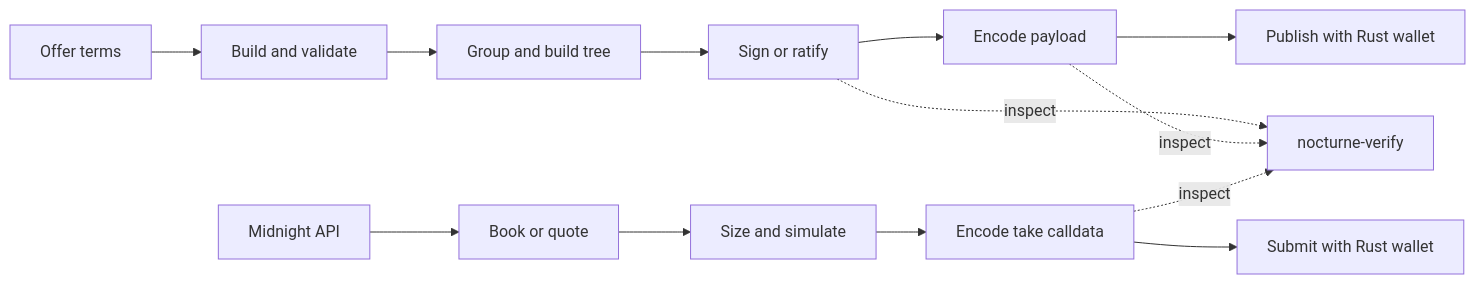
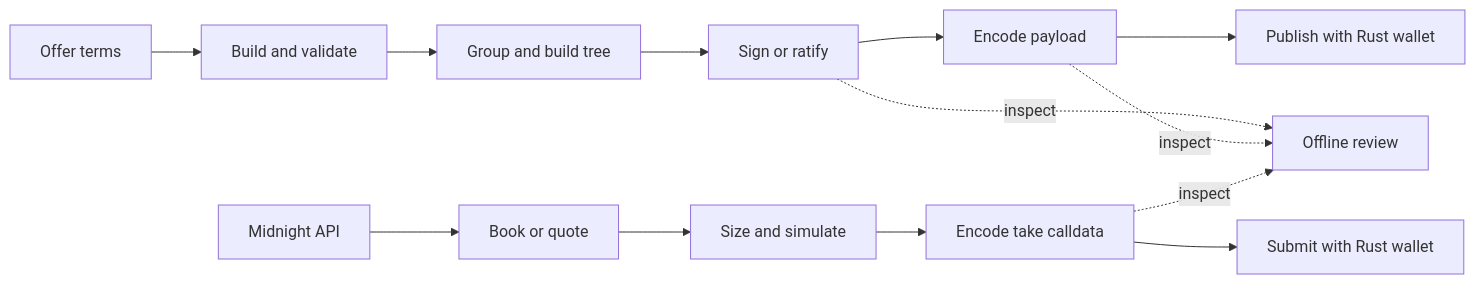
The diagram in README.md (Oliverpt-1/Nocturne), drawn with Mermaid before and after one commit. The commit also changed other lines of this file and 2 other files, not shown here.

````diff
--- a/README.md
+++ b/README.md
@@ -64,17 +59,17 @@
 ```mermaid
 flowchart LR
     A[Offer terms] --> B[Build and validate]
     B --> C[Group and build tree]
     C --> D[Sign or ratify]
     D --> E[Encode payload]
     E --> F[Publish with Rust wallet]
 
     G[Midnight API] --> H[Book or quote]
     H --> I[Size and simulate]
     I --> J[Encode take calldata]
     J --> K[Submit with Rust wallet]
 
-    D -. inspect .-> V[nocturne-verify]
+    D -. inspect .-> V[Offline review]
     E -. inspect .-> V
     J -. inspect .-> V
 ```
````
